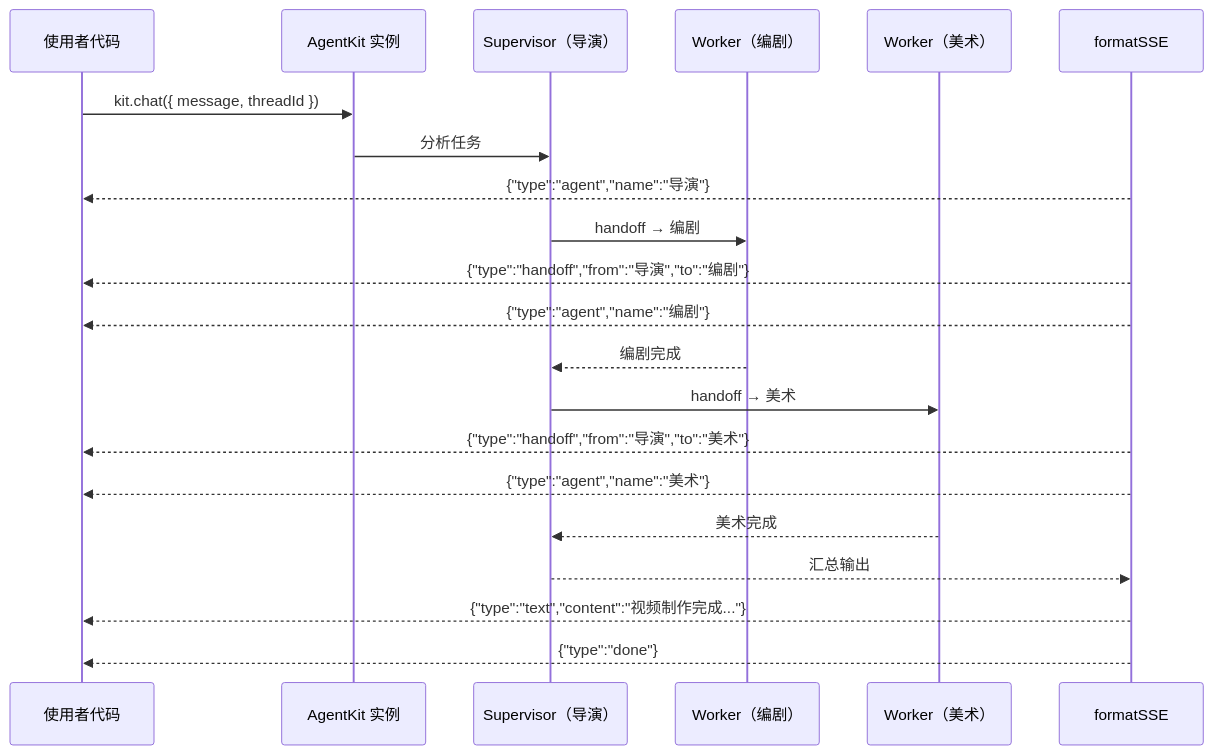
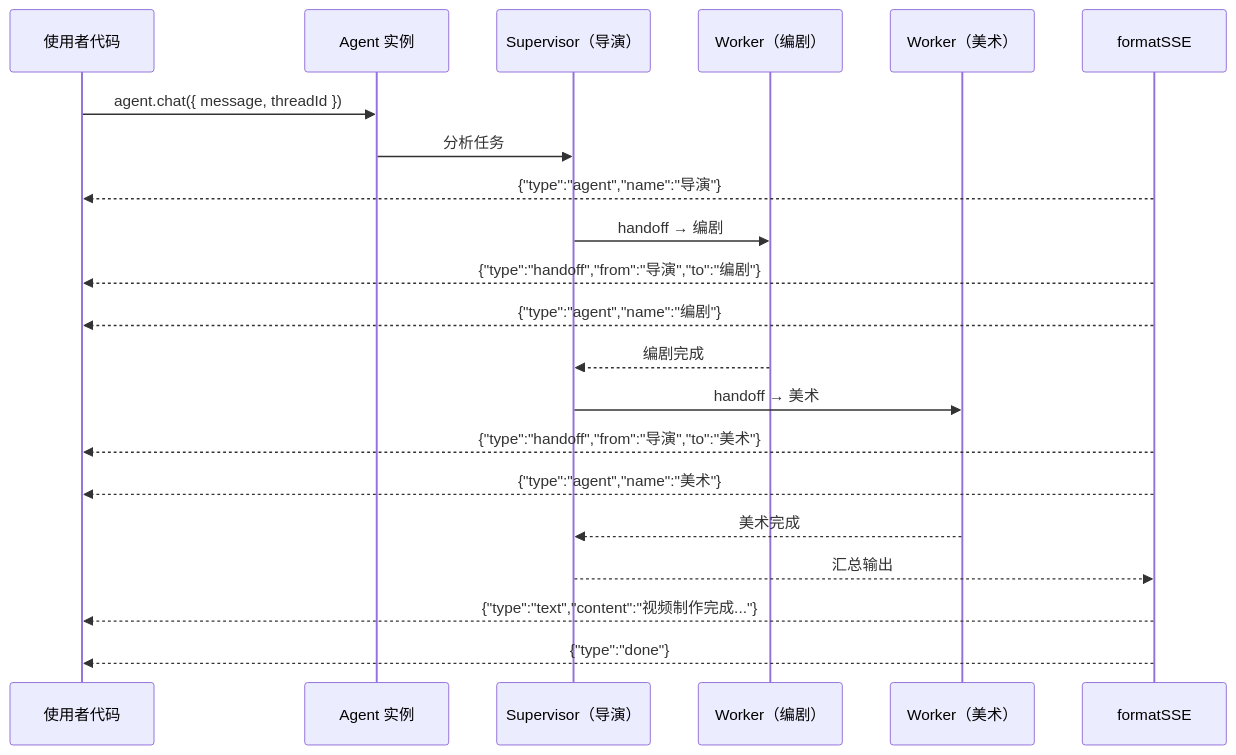
Before and after one commit to Lootoe/agent-scene-toolkit: the second of 4 diagrams in 需求文档/lilo-agent-core.md, drawn with Mermaid. The commit also changed other lines of this file and 1 other file, not shown here.

````diff
--- a/需求文档/lilo-agent-core.md
+++ b/需求文档/lilo-agent-core.md
@@ -282,28 +282,28 @@
 ```mermaid
 sequenceDiagram
     participant User as 使用者代码
-    participant Kit as AgentKit 实例
+    participant Kit as Agent 实例
     participant Sup as Supervisor（导演）
     participant W1 as Worker（编剧）
     participant W2 as Worker（美术）
     participant SSE as formatSSE
 
-    User->>Kit: kit.chat({ message, threadId })
+    User->>Kit: agent.chat({ message, threadId })
     Kit->>Sup: 分析任务
 
     SSE-->>User: {"type":"agent","name":"导演"}
 
     Sup->>W1: handoff → 编剧
     SSE-->>User: {"type":"handoff","from":"导演","to":"编剧"}
     SSE-->>User: {"type":"agent","name":"编剧"}
     W1-->>Sup: 编剧完成
 
     Sup->>W2: handoff → 美术
     SSE-->>User: {"type":"handoff","from":"导演","to":"美术"}
     SSE-->>User: {"type":"agent","name":"美术"}
     W2-->>Sup: 美术完成
 
     Sup-->>SSE: 汇总输出
     SSE-->>User: {"type":"text","content":"视频制作完成..."}
     SSE-->>User: {"type":"done"}
 ```
````
